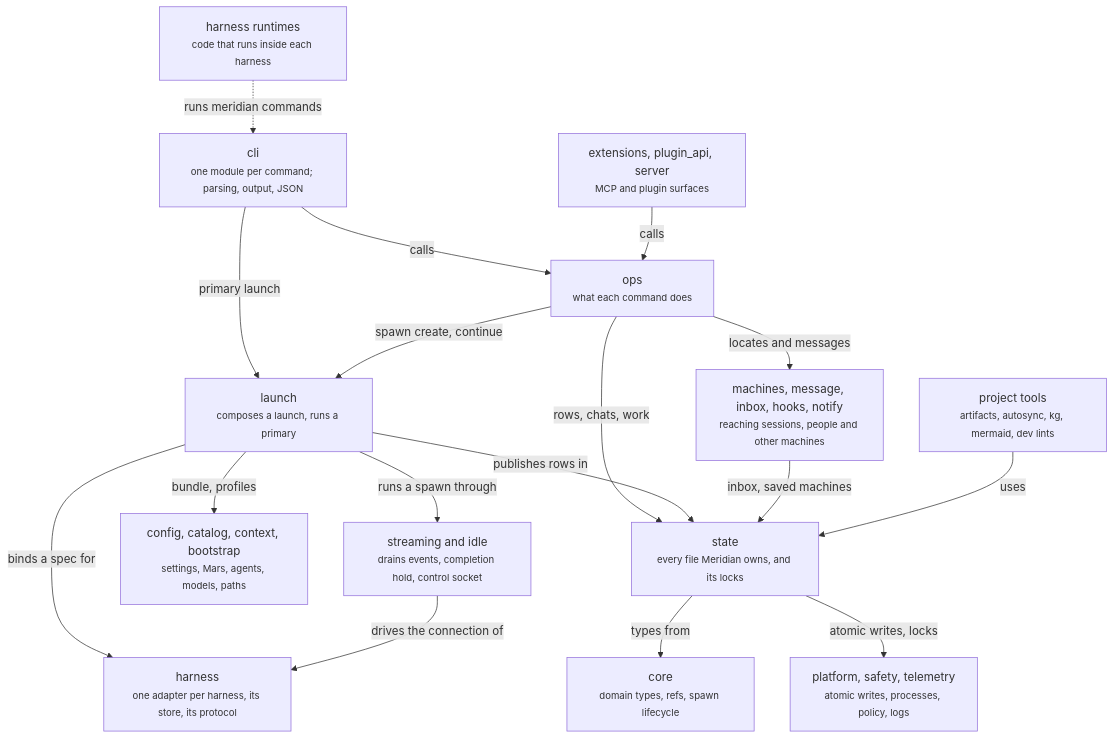
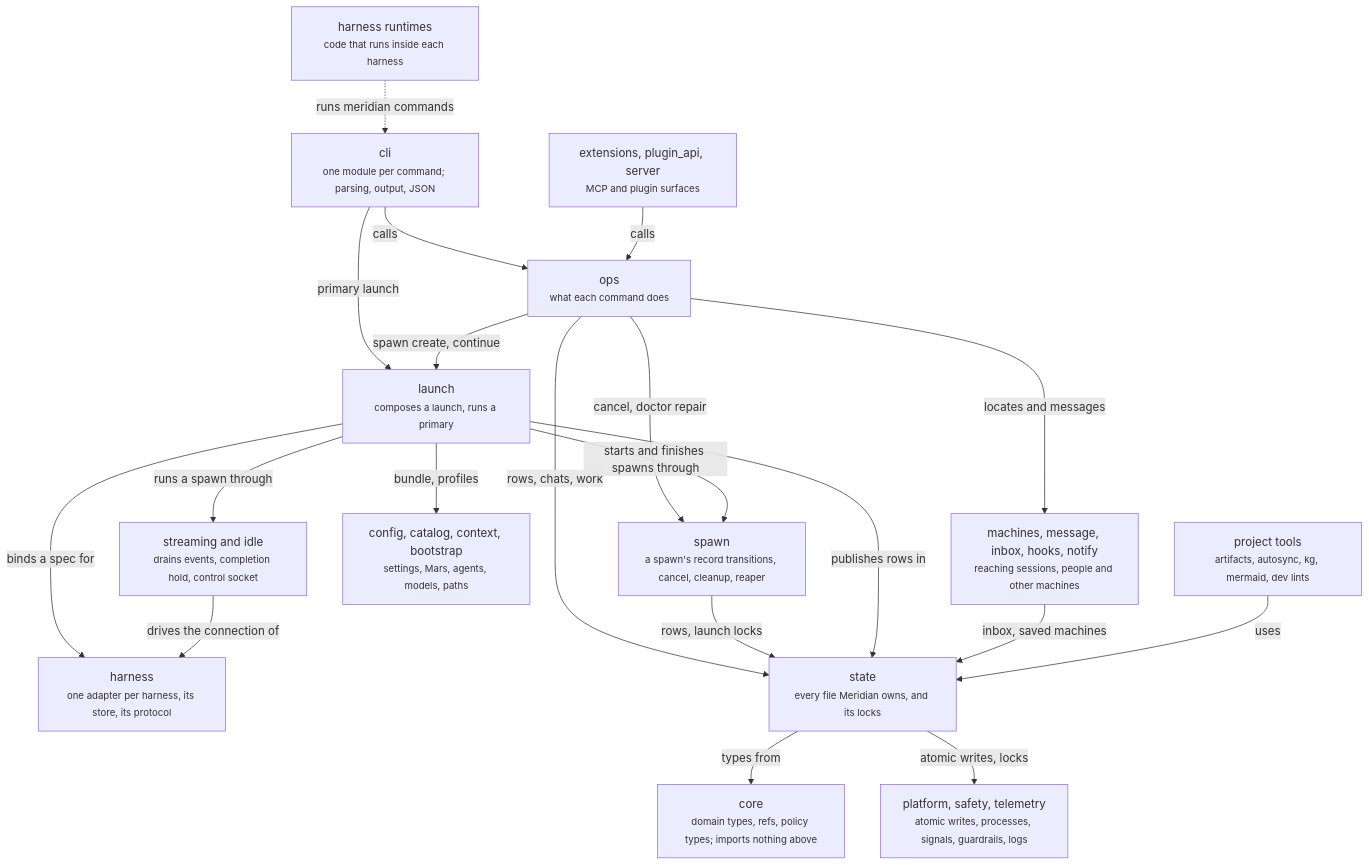
The diagram in docs/atlas/code.md (haowjy/meridian-cli), drawn with Mermaid before and after one commit. The commit also changed other lines of this file and 19 other files, not shown here.

````diff
--- a/docs/atlas/code.md
+++ b/docs/atlas/code.md
@@ -11,45 +11,50 @@
 ```mermaid
 flowchart TD
   cli["cli<br/><small>one module per command; parsing, output, JSON</small>"]:::package
   ops["ops<br/><small>what each command does</small>"]:::package
   launch["launch<br/><small>composes a launch, runs a primary</small>"]:::package
   harness["harness<br/><small>one adapter per harness, its store, its protocol</small>"]:::package
   streaming["streaming and idle<br/><small>drains events, completion hold, control socket</small>"]:::package
   reach["machines, message, inbox, hooks, notify<br/><small>reaching sessions, people and other machines</small>"]:::package
   config["config, catalog, context, bootstrap<br/><small>settings, Mars, agents, models, paths</small>"]:::package
+  spawn["spawn<br/><small>a spawn's record transitions, cancel, cleanup, reaper</small>"]:::package
   state["state<br/><small>every file Meridian owns, and its locks</small>"]:::package
-  core["core<br/><small>domain types, refs, spawn lifecycle</small>"]:::package
-  platform["platform, safety, telemetry<br/><small>atomic writes, processes, policy, logs</small>"]:::package
+  core["core<br/><small>domain types, refs, policy types; imports nothing above</small>"]:::package
+  platform["platform, safety, telemetry<br/><small>atomic writes, processes, signals, guardrails, logs</small>"]:::package
   surfaces["extensions, plugin_api, server<br/><small>MCP and plugin surfaces</small>"]:::package
   runtime["harness runtimes<br/><small>code that runs inside each harness</small>"]:::package
   tools["project tools<br/><small>artifacts, autosync, kg, mermaid, dev lints</small>"]:::package
   cli -->|"calls"| ops
   cli -->|"primary launch"| launch
   ops -->|"spawn create, continue"| launch
   ops -->|"locates and messages"| reach
   launch -->|"binds a spec for"| harness
   launch -->|"runs a spawn through"| streaming
   streaming -->|"drives the connection of"| harness
   launch -->|"bundle, profiles"| config
   ops -->|"rows, chats, work"| state
+  ops -->|"cancel, doctor repair"| spawn
+  launch -->|"starts and finishes spawns through"| spawn
+  spawn -->|"rows, launch locks"| state
   launch -->|"publishes rows in"| state
   reach -->|"inbox, saved machines"| state
   state -->|"types from"| core
   state -->|"atomic writes, locks"| platform
   surfaces -->|"calls"| ops
   runtime -.->|"runs meridian commands"| cli
   tools -->|"uses"| state
   %% at surfaces 0 0
   %% at cli 330 0
   %% at runtime 660 0
   %% at ops 330 150
   %% at launch 165 300
   %% at reach 660 300
   %% at harness 0 450
   %% at streaming 330 450
   %% at config 660 450
+  %% at spawn 0 600
   %% at state 330 600
   %% at tools 660 600
   %% at core 165 750
   %% at platform 495 750
 ```
````
